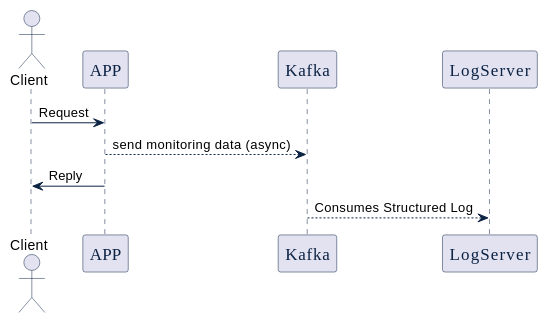
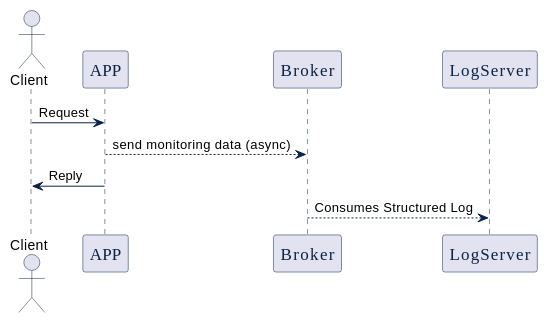
One commit to rbroggi/scoped-singleton changed the diagram in pres/pres.md. Above: the diagram before and after it, drawn with PlantUML. The commit also changed other lines of this file, not shown here.

````diff
--- a/pres/pres.md
+++ b/pres/pres.md
@@ -95,21 +103,21 @@
 ```plantuml
 @startuml
 skinparam sequence {
 ArrowColor #0C2344
 ActorBorderColor #0C2344
 LifeLineBorderColor #0C2344
 LifeLineBackgroundColor #0C2344
 ParticipantBorderColor #0C2344
 ParticipantFontName Impact
 ParticipantFontSize 17
 ParticipantFontColor #0C2344
 }
 
 actor coord as "Client" 
 
 coord -> APP: Request
-APP --> Kafka: send monitoring data (async)
+APP --> Broker: send monitoring data (async)
 APP -> coord: Reply
-Kafka --> LogServer: Consumes Structured Log
+Broker --> LogServer: Consumes Structured Log
 @enduml
 ```
````
